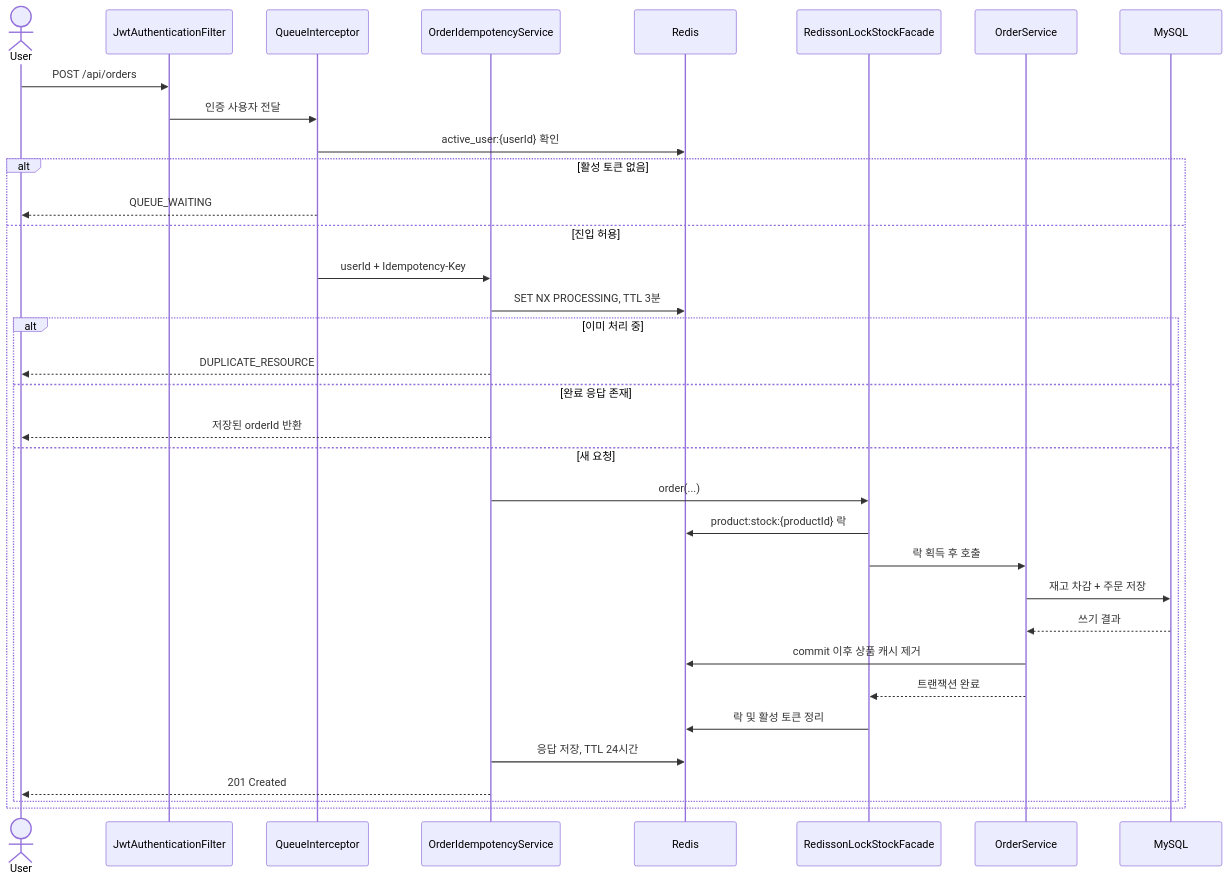
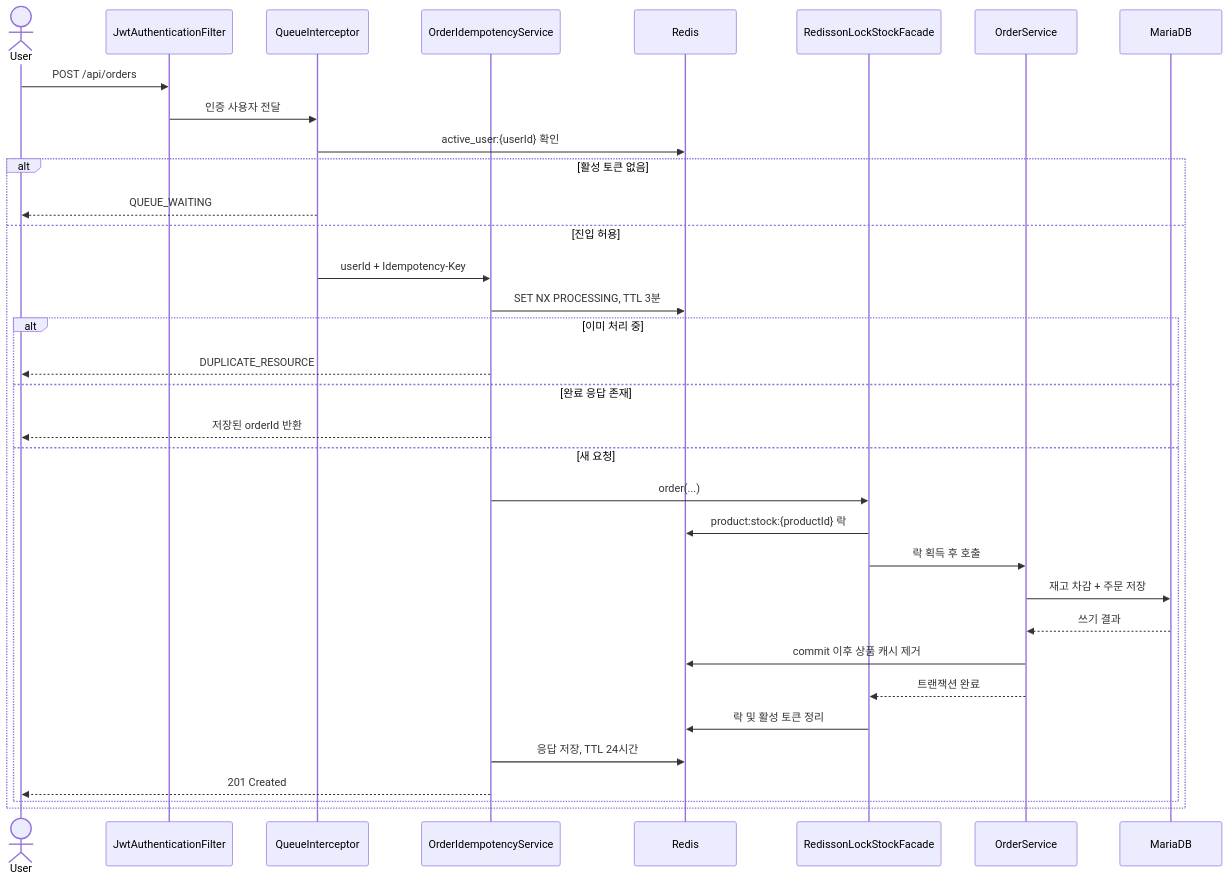
One commit to juhwanz/eshop-refac changed the diagram in docs/architecture.md. Above: the diagram before and after it, drawn with Mermaid. The commit also changed 16 other files, not shown here.

````diff
--- a/docs/architecture.md
+++ b/docs/architecture.md
@@ -18,37 +18,37 @@
 ```mermaid
 sequenceDiagram
     actor User
     participant Security as JwtAuthenticationFilter
     participant Queue as QueueInterceptor
     participant Idempotency as OrderIdempotencyService
     participant Redis
     participant Facade as RedissonLockStockFacade
     participant Service as OrderService
-    participant DB as MySQL
+    participant DB as MariaDB
 
     User->>Security: POST /api/orders
     Security->>Queue: 인증 사용자 전달
     Queue->>Redis: active_user:{userId} 확인
     alt 활성 토큰 없음
         Queue-->>User: QUEUE_WAITING
     else 진입 허용
         Queue->>Idempotency: userId + Idempotency-Key
         Idempotency->>Redis: SET NX PROCESSING, TTL 3분
         alt 이미 처리 중
             Idempotency-->>User: DUPLICATE_RESOURCE
         else 완료 응답 존재
             Idempotency-->>User: 저장된 orderId 반환
         else 새 요청
             Idempotency->>Facade: order(...)
             Facade->>Redis: product:stock:{productId} 락
             Facade->>Service: 락 획득 후 호출
             Service->>DB: 재고 차감 + 주문 저장
             DB-->>Service: 쓰기 결과
             Service->>Redis: commit 이후 상품 캐시 제거
             Service-->>Facade: 트랜잭션 완료
             Facade->>Redis: 락 및 활성 토큰 정리
             Idempotency->>Redis: 응답 저장, TTL 24시간
             Idempotency-->>User: 201 Created
         end
     end
 ```
````
